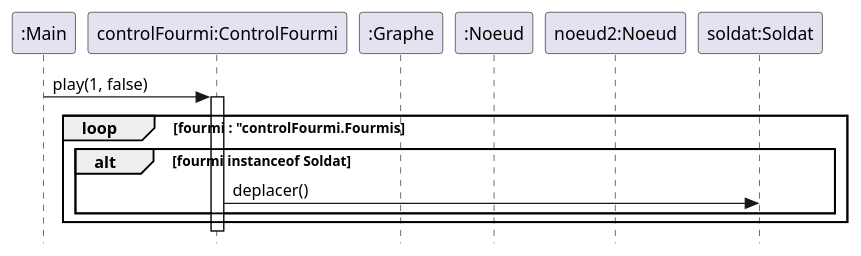
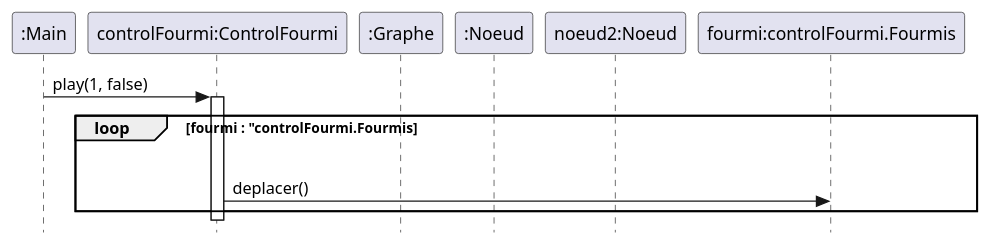
The diagram in Code/uml/Fourmis_DS.puml (ErenMustafaGit/ColonieFourmis), drawn with PlantUML before and after one commit. The commit also changed 1 other file, not shown here.

Commit message:
Fourmis_DC: Ajout du Polymorphisme
Fourmis_DS: déplacement de toutes les fourmis à l'aide du polymorpisme

```diff
--- a/Code/uml/Fourmis_DS.puml
+++ b/Code/uml/Fourmis_DS.puml
@@ -1,27 +1,26 @@
 @startuml
 'https://plantuml.com/sequence-diagram
 skinparam style strictuml
 'autonumber
 hide footbox
 
 'title Méthode jouer()
 participant ":Main" as main
 participant "controlFourmi:ControlFourmi" as controlFourmi
 participant ":Graphe" as graphe
 participant ":Noeud" as noeud
 participant "noeud2:Noeud" as noeud2
-participant "soldat:Soldat" as soldat
+participant "fourmi:controlFourmi.Fourmis" as fourmi
 
 main -> controlFourmi ++ : play(1, false)
     loop fourmi : "controlFourmi.Fourmis
-        alt fourmi instanceof Soldat
-            controlFourmi -> soldat : deplacer()
-        end
+    |||
+        controlFourmi -> fourmi : deplacer()
     end
 
 deactivate controlFourmi
 
 
 
 
 @enduml
```
